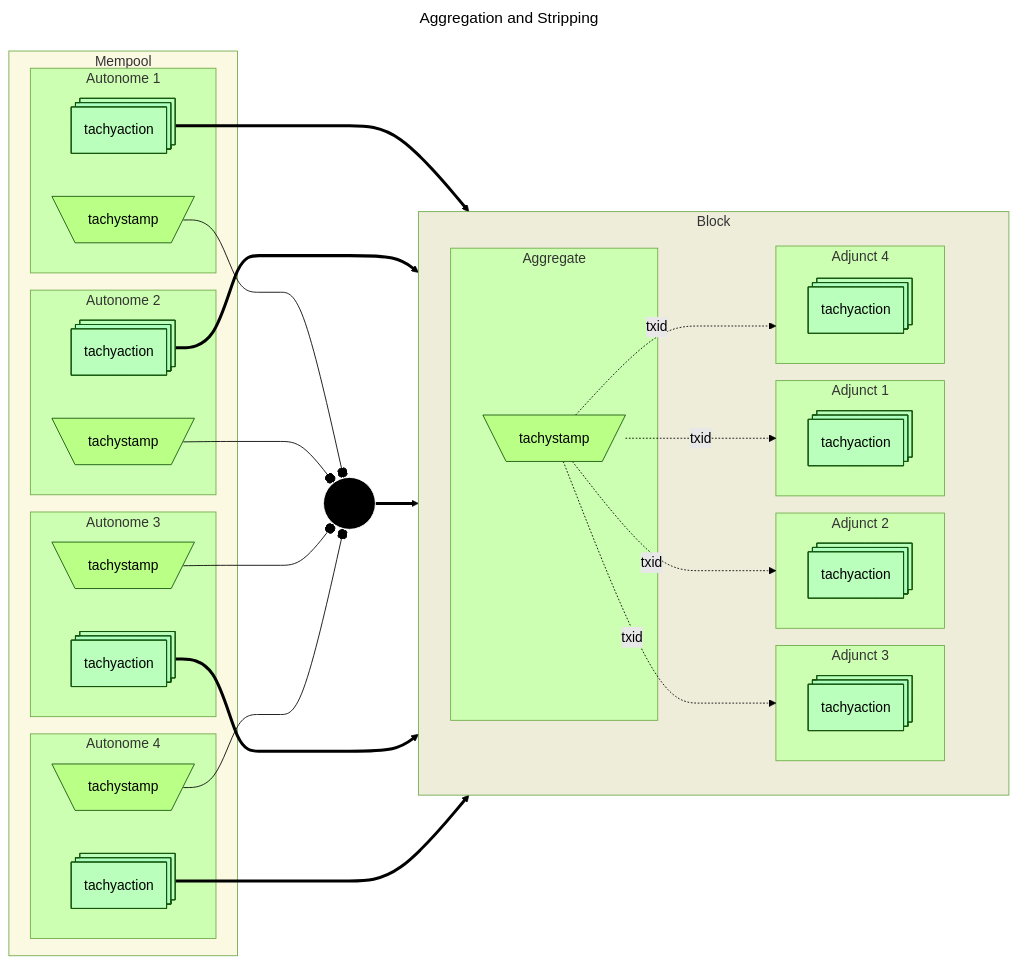
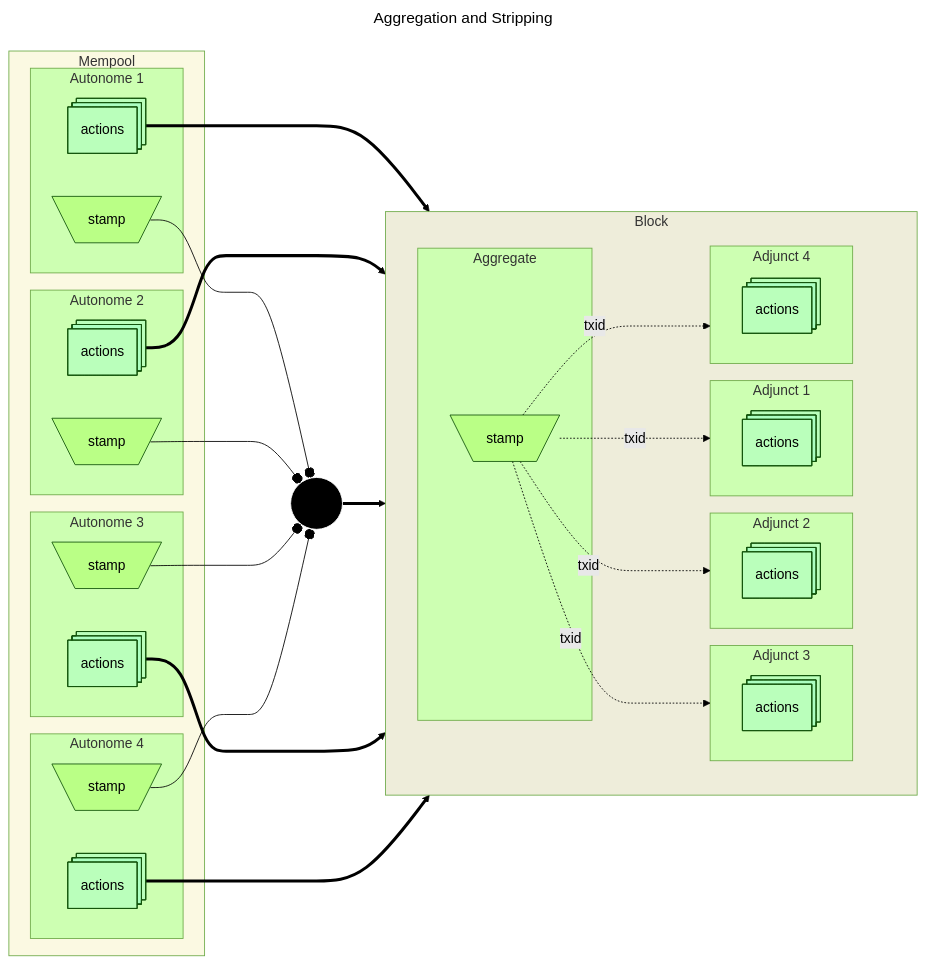
The diagram in book/src/aggregation.md (tachyon-zcash/tachyon), drawn with Mermaid (forest theme) before and after one commit. The commit also changed other lines of this file and 12 other files, not shown here.

````diff
--- a/book/src/aggregation.md
+++ b/book/src/aggregation.md
@@ -78,72 +78,72 @@
 ```mermaid
 ---
 title: Aggregation and Stripping
 ---
 flowchart LR
     classDef tstamp fill:#7fff0040
     classDef ta_vec fill:#7fffd440
     classDef proof fill:#da70d640
     classDef txanchor fill:f0fff040
 
     style agg fill:black,stroke:white
     style invisible fill:none,stroke:none
     style pool fill:#f0e68c40
     style block fill:#bdb76b40
 
 
     subgraph pool["Mempool"]
         subgraph mp1["Autonome 1"]
-            mp1_ta:::ta_vec@{ shape: procs, label: "tachyaction" }
-            mp1_ts:::tstamp@{ shape: trap-t, label: "tachystamp" }
+            mp1_ta:::ta_vec@{ shape: procs, label: "actions" }
+            mp1_ts:::tstamp@{ shape: trap-t, label: "stamp" }
         end
         subgraph mp2["Autonome 2"]
-            mp2_ta:::ta_vec@{ shape: procs, label: "tachyaction" }
-            mp2_ts:::tstamp@{ shape: trap-t, label: "tachystamp" }
+            mp2_ta:::ta_vec@{ shape: procs, label: "actions" }
+            mp2_ts:::tstamp@{ shape: trap-t, label: "stamp" }
         end
         subgraph mp3["Autonome 3"]
-            mp3_ta:::ta_vec@{ shape: procs, label: "tachyaction" }
-            mp3_ts:::tstamp@{ shape: trap-t, label: "tachystamp" }
+            mp3_ta:::ta_vec@{ shape: procs, label: "actions" }
+            mp3_ts:::tstamp@{ shape: trap-t, label: "stamp" }
         end
         subgraph mp4["Autonome 4"]
-            mp4_ta:::ta_vec@{ shape: procs, label: "tachyaction" }
-            mp4_ts:::tstamp@{ shape: trap-t, label: "tachystamp" }
+            mp4_ta:::ta_vec@{ shape: procs, label: "actions" }
+            mp4_ts:::tstamp@{ shape: trap-t, label: "stamp" }
         end
     end
 
     mp1_ts ---o agg
     mp1_ta ==> bk1_ta
     mp2_ta ==> bk2_ta
     mp2_ts ---o agg
     agg(("merge")) ==> bk0_ts
     mp3_ta ==> bk3_ta
     mp3_ts ---o agg
     mp4_ta ==> bk4_ta
     mp4_ts ---o agg
 
     subgraph block["Block"]
         direction LR
 
         subgraph bk0["Aggregate"]
-            bk0_ts:::tstamp@{ shape: trap-t, label: "tachystamp" }
+            bk0_ts:::tstamp@{ shape: trap-t, label: "stamp" }
         end
 
         bk0 ~~~ invisible
 
         subgraph invisible[" "]
             subgraph bk1["Adjunct 1"]
-                bk1_ta:::ta_vec@{ shape: procs, label: "tachyaction" }
+                bk1_ta:::ta_vec@{ shape: procs, label: "actions" }
             end
             subgraph bk2["Adjunct 2"]
-                bk2_ta:::ta_vec@{ shape: procs, label: "tachyaction" }
+                bk2_ta:::ta_vec@{ shape: procs, label: "actions" }
             end
             subgraph bk3["Adjunct 3"]
-                bk3_ta:::ta_vec@{ shape: procs, label: "tachyaction" }
+                bk3_ta:::ta_vec@{ shape: procs, label: "actions" }
             end
             subgraph bk4["Adjunct 4"]
-                bk4_ta:::ta_vec@{ shape: procs, label: "tachyaction" }
+                bk4_ta:::ta_vec@{ shape: procs, label: "actions" }
             end
         end
     end
 
     bk0_ts -.->|txid| bk1 & bk2 & bk3 & bk4
 ```
````
